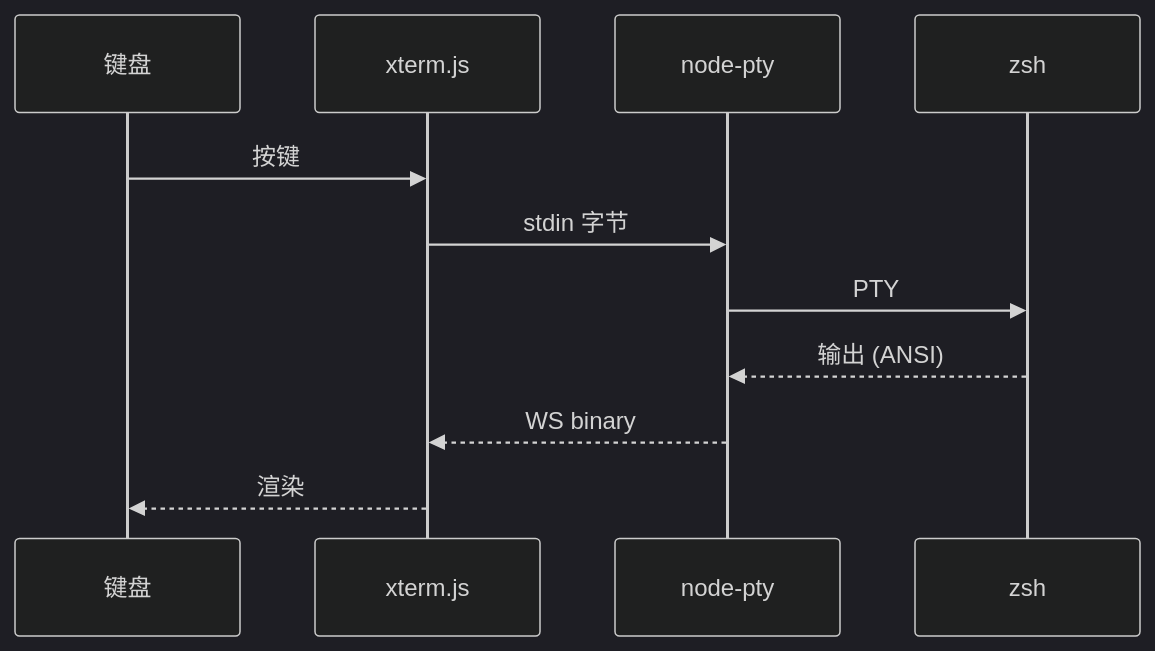
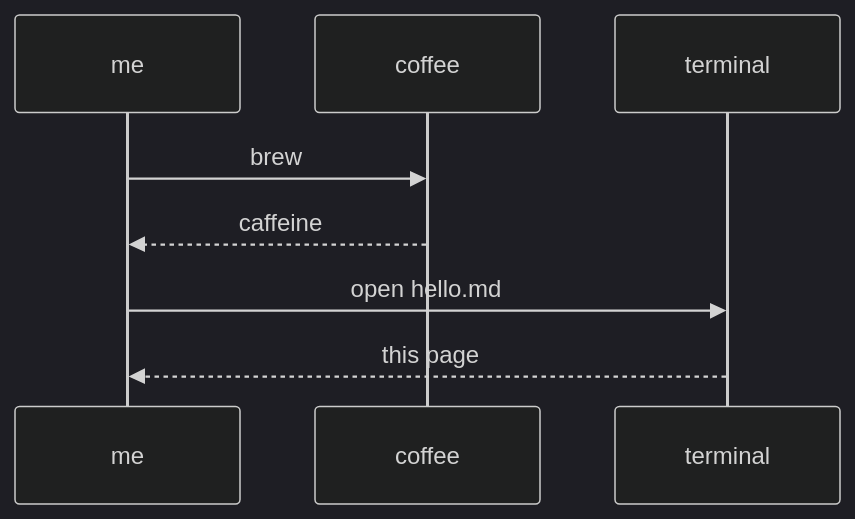
One commit to AtaraxiaEpiphany/homepage changed the second of 2 diagrams in content/charts.md. Above: the diagram before and after it, drawn with Mermaid (dark theme). The commit also changed other lines of this file and 1 other file, not shown here.

````diff
--- a/content/charts.md
+++ b/content/charts.md
@@ -15,13 +20,10 @@
 ```mermaid
 sequenceDiagram
-  participant U as 键盘
-  participant X as xterm.js
-  participant S as node-pty
-  participant Z as zsh
-  U->>X: 按键
-  X->>S: stdin 字节
-  S->>Z: PTY
-  Z-->>S: 输出 (ANSI)
-  S-->>X: WS binary
-  X-->>U: 渲染
+  participant M as me
+  participant C as coffee
+  participant T as terminal
+  M->>C: brew
+  C-->>M: caffeine
+  M->>T: open hello.md
+  T-->>M: this page
 ```
````
